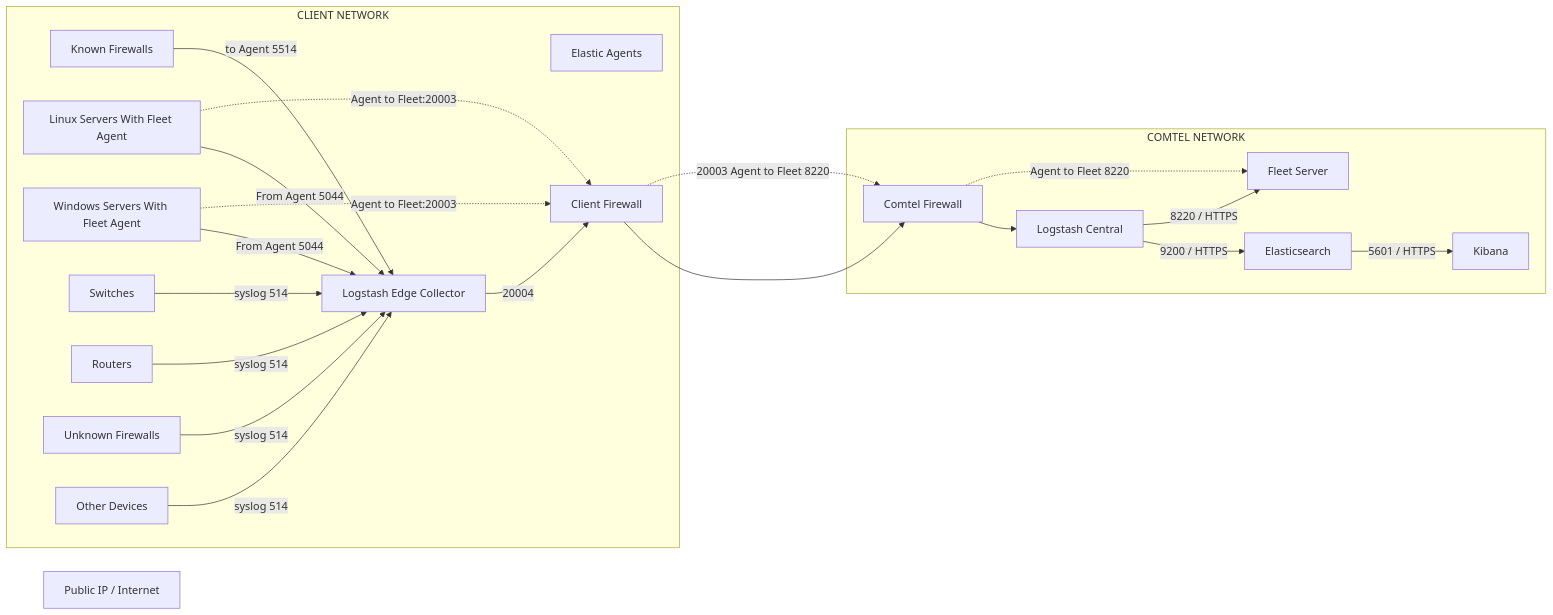
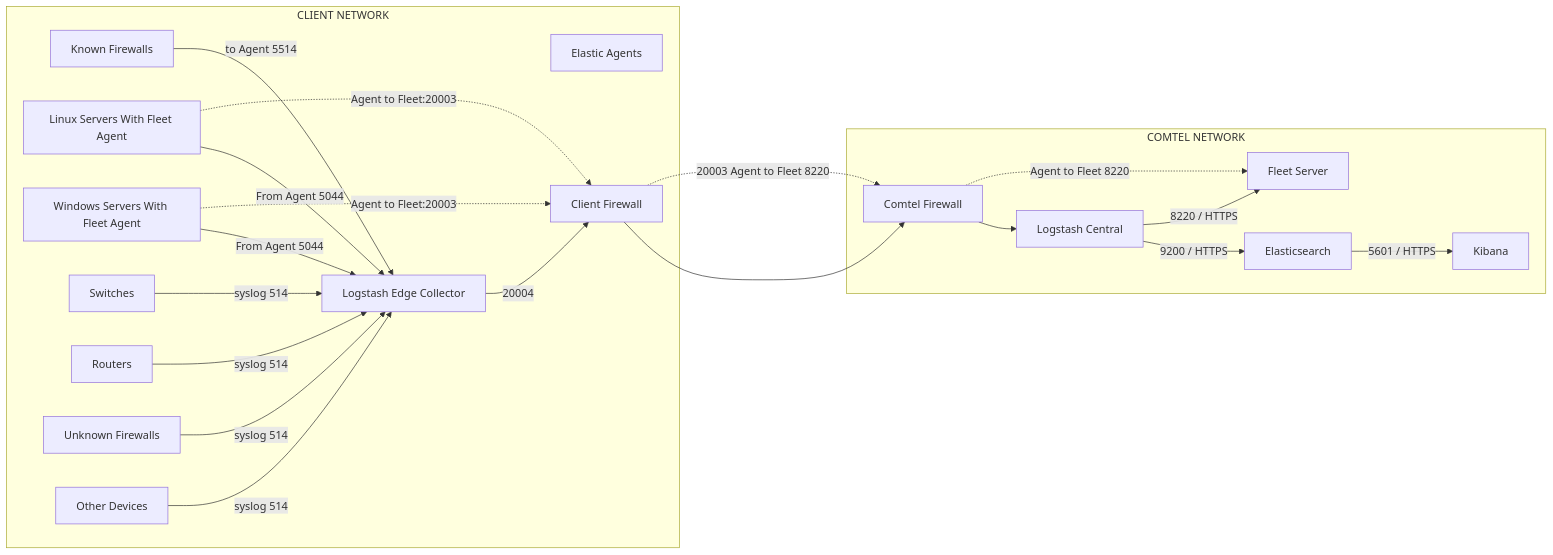
The diagram in README.md (bhautik-comtel/ELK-config), drawn with Mermaid before and after one commit.

````diff
--- a/README.md
+++ b/README.md
@@ -20,69 +20,69 @@
 ```mermaid
 flowchart LR
 
 %% =========================
 %% CLIENT NETWORK
 %% =========================
 subgraph CLIENT["CLIENT NETWORK"]
 
     KFW["Known Firewalls"]
     LNX["Linux Servers With Fleet Agent"]
     WIN["Windows Servers With Fleet Agent"]
     SW["Switches"]
     RTR["Routers"]
     FW["Unknown Firewalls"]
     OTH["Other Devices"]
 
     AGENT["Elastic Agents"]
 
     EDGE["Logstash Edge Collector"]
 
     FW --  "syslog 514" --> EDGE
     KFW -- "to Agent 5514" --> EDGE
     LNX -- "From Agent 5044" --> EDGE
     WIN -- "From Agent 5044" --> EDGE
     SW --  "syslog 514" --> EDGE
     RTR -- "syslog 514" --> EDGE
     OTH -- "syslog 514" --> EDGE
 
     CFW["Client Firewall"]
 
     EDGE -- "20004" --> CFW
 end
 
 %% =========================
 %% WAN / INTERNET
 %% =========================
 
-INET["Public IP / Internet"]
+
 
 %% =========================
 %% COMTEL NETWORK
 %% =========================
 subgraph COMTEL["COMTEL NETWORK"]
 
     COMFW["Comtel Firewall"]
 
     CENTRAL["Logstash Central"]
 
     ES["Elasticsearch"]
 
     KB["Kibana"]
 
     FLEET["Fleet Server"]
 
     COMFW --> CENTRAL
 
     CENTRAL -- "9200 / HTTPS" --> ES
 
     ES -- "5601 / HTTPS" --> KB
 
     CENTRAL -- "8220 / HTTPS" --> FLEET
 end
 
 CFW --> COMFW
 
 WIN -. "Agent to Fleet:20003" .-> CFW
 LNX -. "Agent to Fleet:20003" .-> CFW
 CFW -. "20003 Agent to Fleet 8220" .-> COMFW -."Agent to Fleet 8220".-> FLEET
 ```
````
